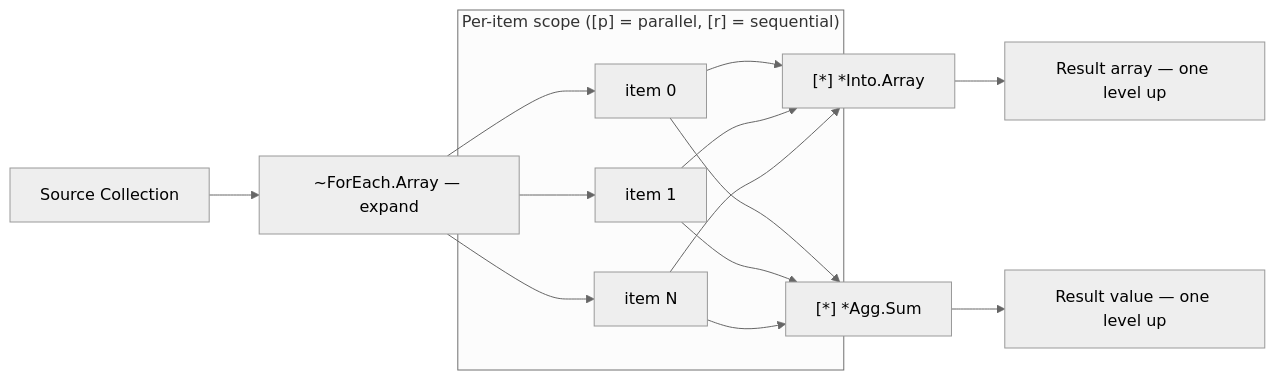
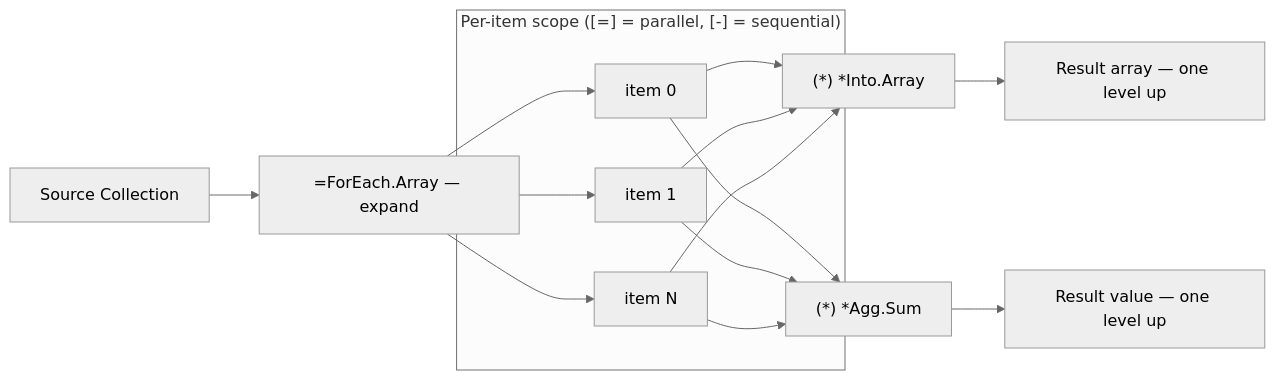
Before and after one commit to hasan-alj88/Polyglot: the first of 2 diagrams in docs/user/concepts/collections/collect.md, drawn with Mermaid (neutral theme). The commit also changed other lines of this file and 356 other files, not shown here.

````diff
--- a/docs/user/concepts/collections/collect.md
+++ b/docs/user/concepts/collections/collect.md
@@ -18,23 +18,23 @@
 ```mermaid
 flowchart LR
     SRC["Source Collection"]
-    EXP["~ForEach.Array — expand"]
+    EXP["=ForEach.Array — expand"]
 
-    subgraph scope ["Per-item scope ([p] = parallel, [r] = sequential)"]
+    subgraph scope ["Per-item scope ([=] = parallel, [-] = sequential)"]
         I1["item 0"]
         I2["item 1"]
         I3["item N"]
     end
 
-    C1["[*] *Into.Array"]
-    C2["[*] *Agg.Sum"]
+    C1["(*) *Into.Array"]
+    C2["(*) *Agg.Sum"]
     R1["Result array — one level up"]
     R2["Result value — one level up"]
 
     SRC --> EXP
     EXP --> I1
     EXP --> I2
     EXP --> I3
     I1 & I2 & I3 --> C1 --> R1
     I1 & I2 & I3 --> C2 --> R2
 ```
````
